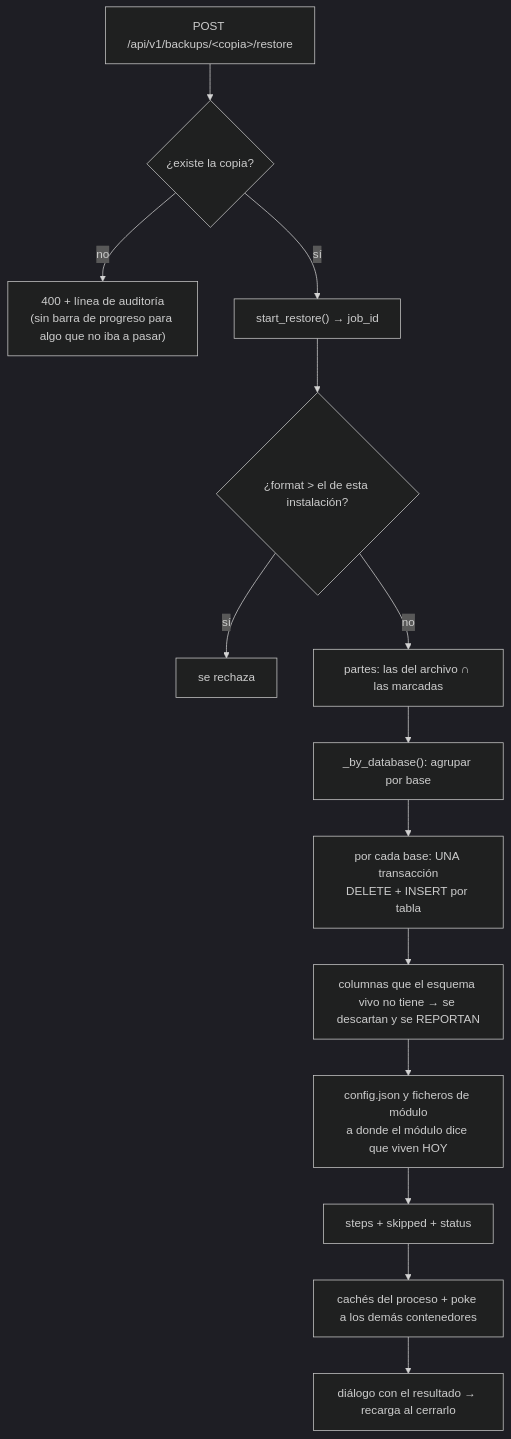
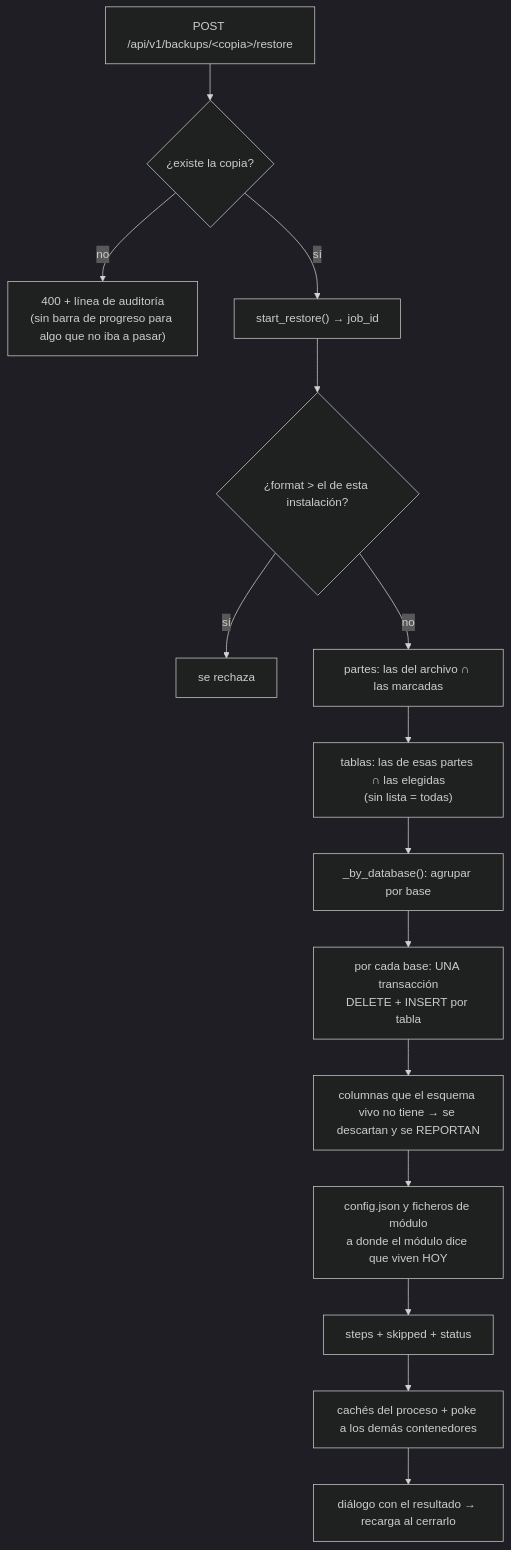
Before and after one commit to vsc55/ServiceSentry: the third of 10 diagrams in docs/explica-backup.md, drawn with Mermaid (dark theme). The commit also changed other lines of this file and 29 other files, not shown here.

````diff
--- a/docs/explica-backup.md
+++ b/docs/explica-backup.md
@@ -212,17 +218,18 @@
 ```mermaid
 flowchart TB
     ask["POST /api/v1/backups/&lt;copia&gt;/restore"]
     ask --> exists{"¿existe la copia?"}
     exists -- no --> ko404["400 + línea de auditoría<br/>(sin barra de progreso para algo que no iba a pasar)"]
     exists -- sí --> job["start_restore() → job_id"]
     job --> fmt{"¿format &gt; el de esta instalación?"}
     fmt -- sí --> ko["se rechaza"]
     fmt -- no --> want["partes: las del archivo ∩ las marcadas"]
-    want --> group["_by_database(): agrupar por base"]
+    want --> only["tablas: las de esas partes ∩ las elegidas<br/>(sin lista = todas)"]
+    only --> group["_by_database(): agrupar por base"]
     group --> tx["por cada base: UNA transacción<br/>DELETE + INSERT por tabla"]
     tx --> drop["columnas que el esquema vivo no tiene → se descartan y se REPORTAN"]
     drop --> filesr["config.json y ficheros de módulo<br/>a donde el módulo dice que viven HOY"]
     filesr --> done["steps + skipped + status"]
     done --> caches["cachés del proceso + poke a los demás contenedores"]
     caches --> ui["diálogo con el resultado → recarga al cerrarlo"]
 ```
````
